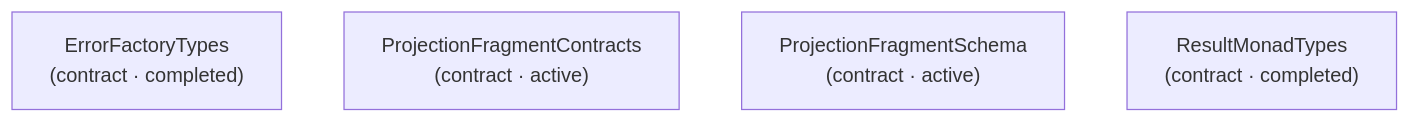
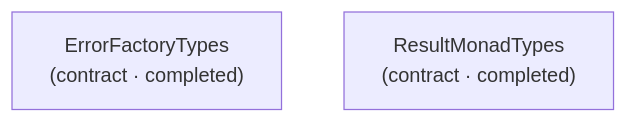
Before and after one commit to libar-dev/architect: diagram 23 of 24 in docs-live/DESIGN-REVIEW.md, drawn with Mermaid. The commit also changed other lines of this file and 32 other files, not shown here.

````diff
--- a/docs-live/DESIGN-REVIEW.md
+++ b/docs-live/DESIGN-REVIEW.md
@@ -483,7 +489,5 @@
 ```mermaid
 graph TD
   errorfactorytypes["ErrorFactoryTypes<br/>(contract · completed)"]
-  projectionfragmentcontracts["ProjectionFragmentContracts<br/>(contract · active)"]
-  projectionfragmentschema["ProjectionFragmentSchema<br/>(contract · active)"]
   resultmonadtypes["ResultMonadTypes<br/>(contract · completed)"]
 ```
````
